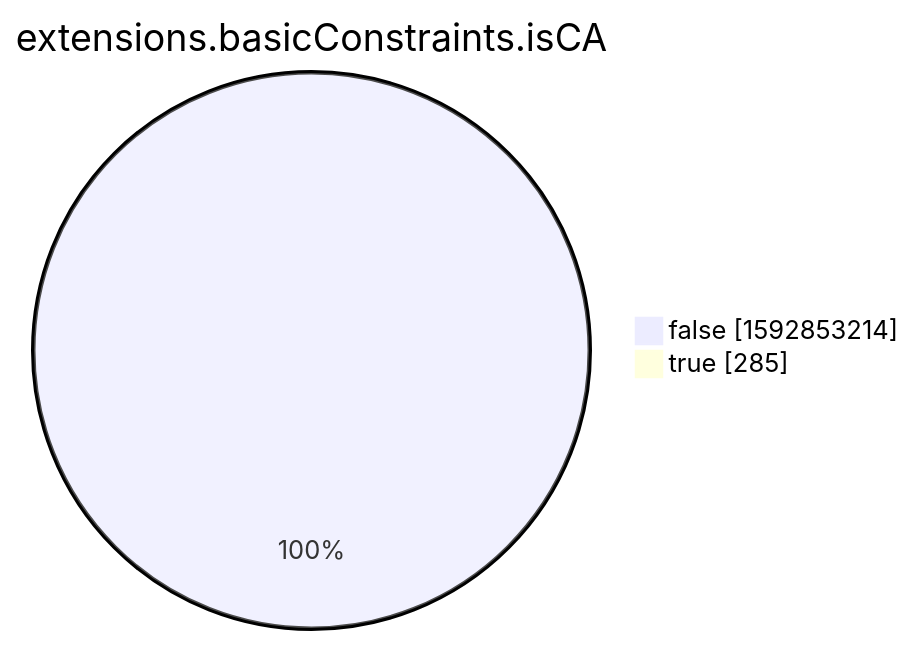
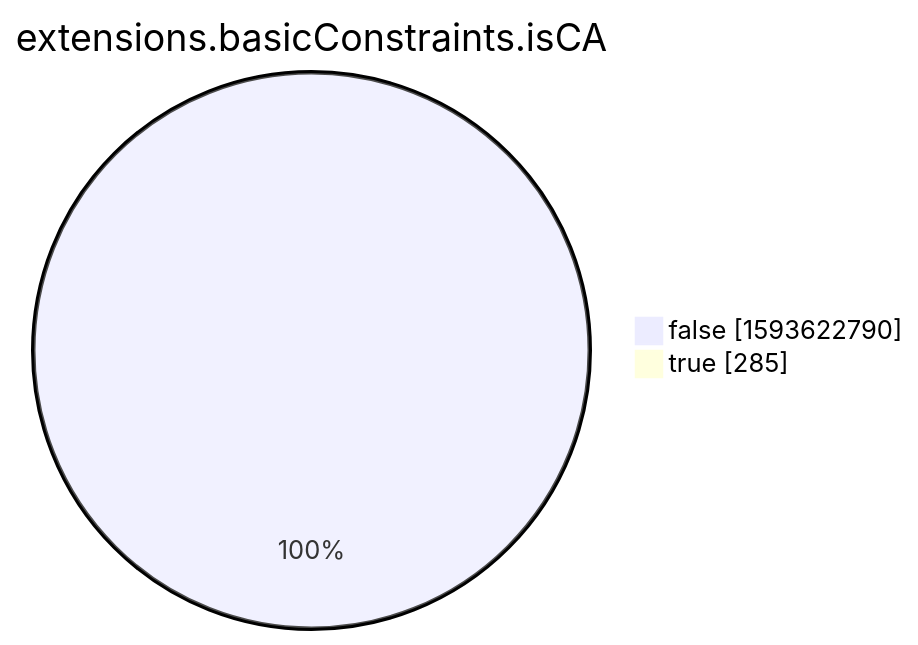
One commit to christiankrug/ctmonitor_visualization changed the eighth of 15 diagrams in xenon2022/README.md. Above: the diagram before and after it, drawn with Mermaid. The commit also changed other lines of this file, not shown here.

````diff
--- a/xenon2022/README.md
+++ b/xenon2022/README.md
@@ -2862,6 +2862,6 @@
 ```mermaid
 pie showData
 title extensions.basicConstraints.isCA
-"false" :1592853214
+"false" :1593622790
 "true" :285
 ```
````
